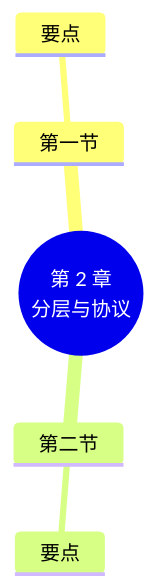
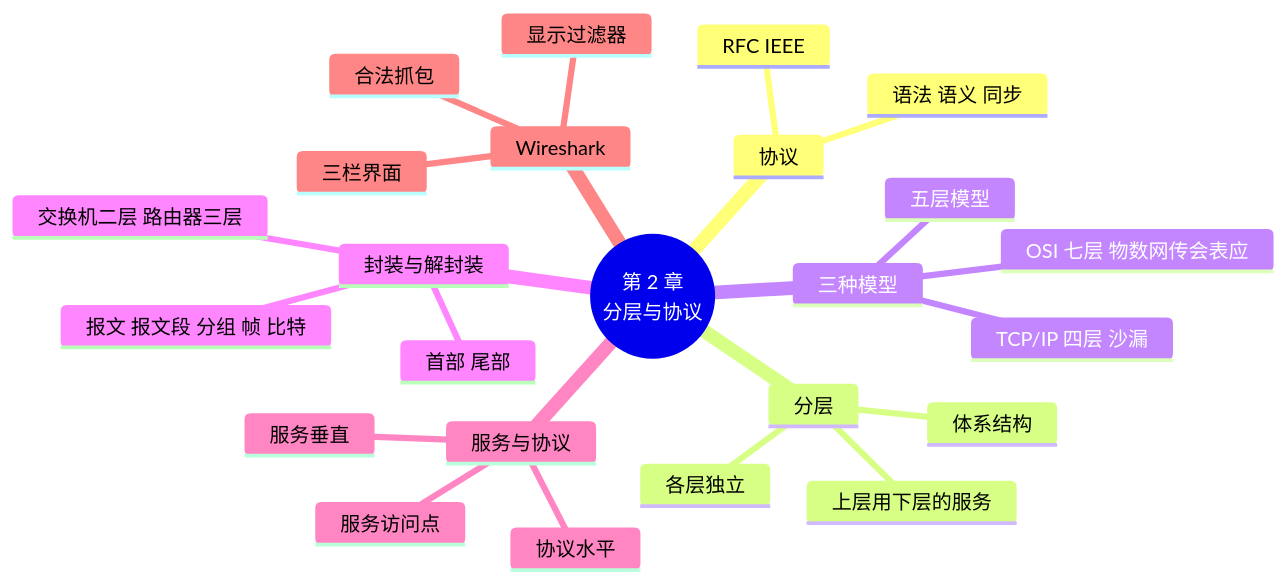
The sixth of 6 diagrams in docs/chapters/02-architecture/index.md (MingziFu9/computer-network), drawn with Mermaid before and after one commit. The commit also changed other lines of this file and 8 other files, not shown here.

````diff
--- a/docs/chapters/02-architecture/index.md
+++ b/docs/chapters/02-architecture/index.md
@@ -185,8 +578,27 @@
 ```mermaid
 mindmap
   root((第 2 章<br/>分层与协议))
-    第一节
-      要点
-    第二节
-      要点
+    协议
+      语法 语义 同步
+      RFC IEEE
+    分层
+      各层独立
+      上层用下层的服务
+      体系结构
+    三种模型
+      OSI 七层 物数网传会表应
+      TCP/IP 四层 沙漏
+      五层模型
+    封装与解封装
+      首部 尾部
+      报文 报文段 分组 帧 比特
+      交换机二层 路由器三层
+    服务与协议
+      协议水平
+      服务垂直
+      服务访问点
+    Wireshark
+      三栏界面
+      显示过滤器
+      合法抓包
 ```
````
